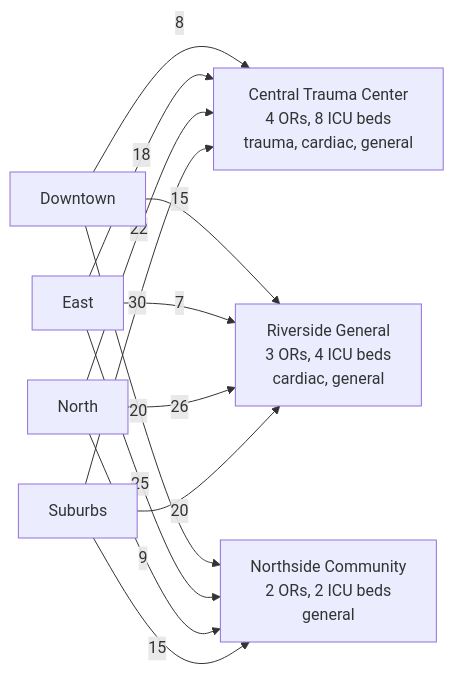
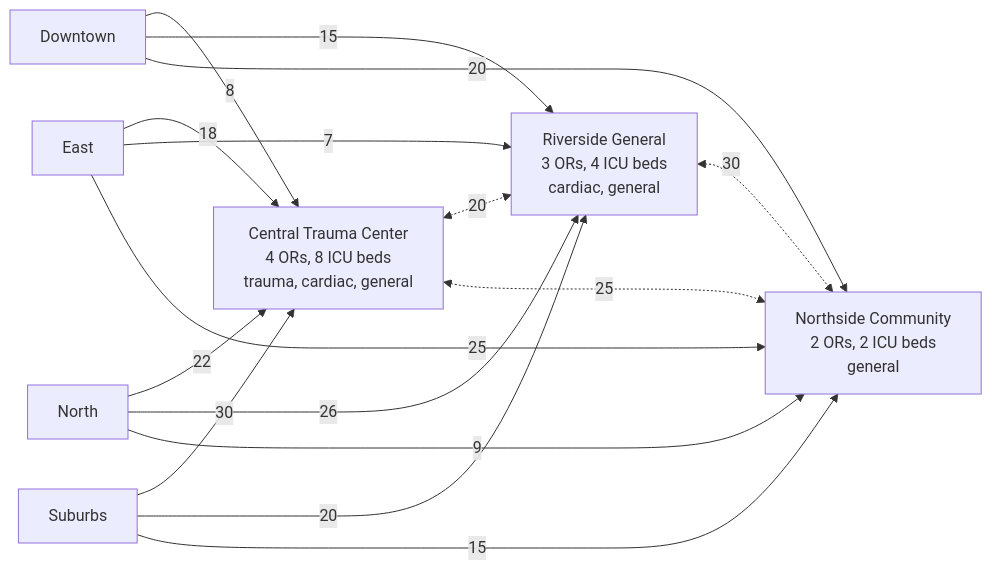
One commit to Shashankmore20/SurgiFlow-AI changed the diagram in docs/diagrams/network.md. Above: the diagram before and after it, drawn with Mermaid. The commit also changed 3 other files, not shown here.

````diff
--- a/docs/diagrams/network.md
+++ b/docs/diagrams/network.md
@@ -5,23 +5,26 @@
 ```mermaid
 graph LR
   Z0[Downtown]
   Z1[East]
   Z2[North]
   Z3[Suburbs]
   H0["Central Trauma Center<br/>4 ORs, 8 ICU beds<br/>trauma, cardiac, general"]
   H1["Riverside General<br/>3 ORs, 4 ICU beds<br/>cardiac, general"]
   H2["Northside Community<br/>2 ORs, 2 ICU beds<br/>general"]
 
   Z0 -- 8 --> H0
   Z0 -- 15 --> H1
   Z0 -- 20 --> H2
   Z1 -- 18 --> H0
   Z1 -- 7 --> H1
   Z1 -- 25 --> H2
   Z2 -- 22 --> H0
   Z2 -- 26 --> H1
   Z2 -- 9 --> H2
   Z3 -- 30 --> H0
   Z3 -- 20 --> H1
   Z3 -- 15 --> H2
+  H0 <-. 20 .-> H1
+  H0 <-. 25 .-> H2
+  H1 <-. 30 .-> H2
 ```
````
